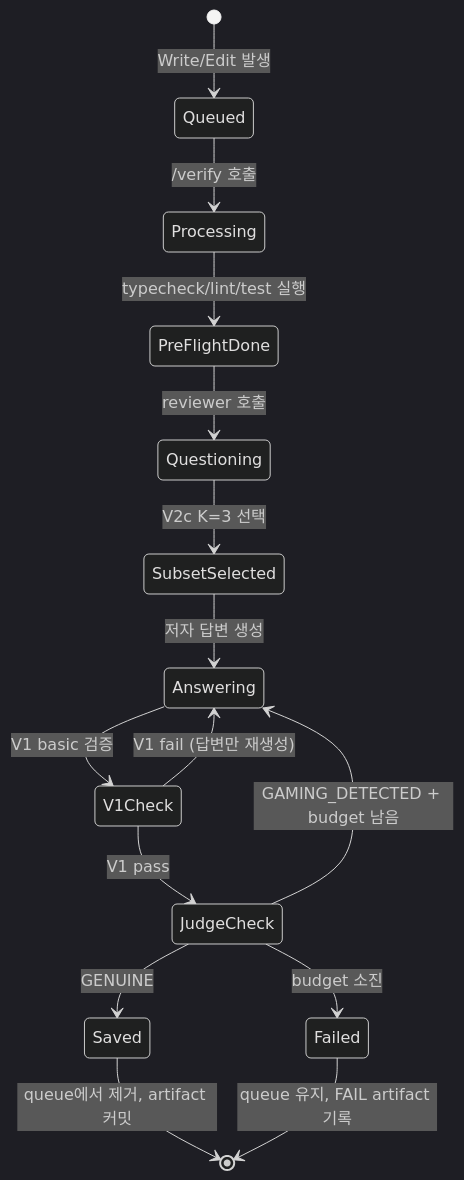
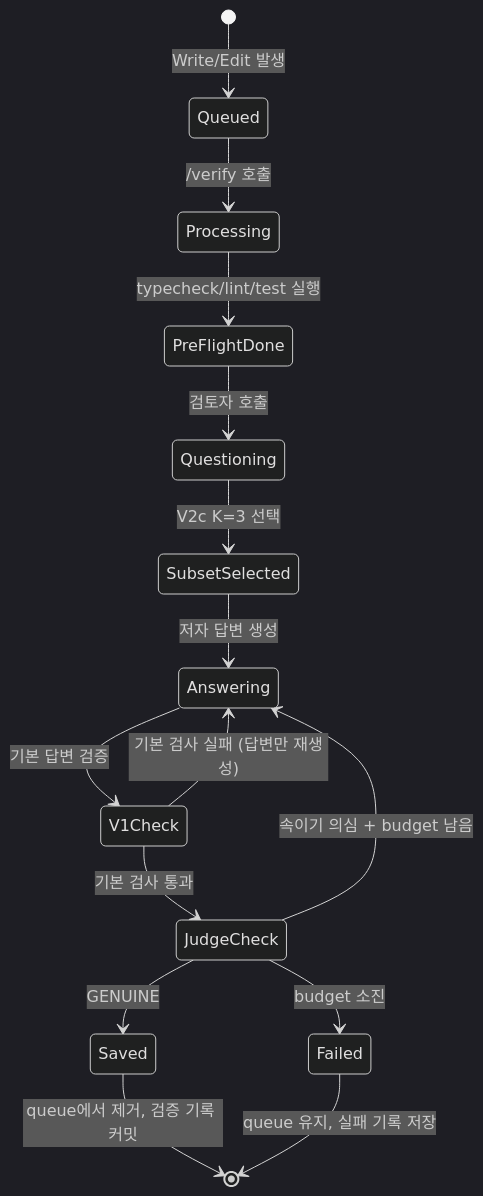
One commit to Jimmy-Jung/ai-symbiote changed diagram 11 of 12 in docs/09-검증-레이어-동작원리.md. Above: the diagram before and after it, drawn with Mermaid (dark theme). The commit also changed other lines of this file, not shown here.

````diff
--- a/docs/09-검증-레이어-동작원리.md
+++ b/docs/09-검증-레이어-동작원리.md
@@ -312,17 +335,17 @@
 ```mermaid
 stateDiagram-v2
     [*] --> Queued: Write/Edit 발생
     Queued --> Processing: /verify 호출
     Processing --> PreFlightDone: typecheck/lint/test 실행
-    PreFlightDone --> Questioning: reviewer 호출
+    PreFlightDone --> Questioning: 검토자 호출
     Questioning --> SubsetSelected: V2c K=3 선택
     SubsetSelected --> Answering: 저자 답변 생성
-    Answering --> V1Check: V1 basic 검증
-    V1Check --> Answering: V1 fail (답변만 재생성)
-    V1Check --> JudgeCheck: V1 pass
-    JudgeCheck --> Answering: GAMING_DETECTED + budget 남음
+    Answering --> V1Check: 기본 답변 검증
+    V1Check --> Answering: 기본 검사 실패 (답변만 재생성)
+    V1Check --> JudgeCheck: 기본 검사 통과
+    JudgeCheck --> Answering: 속이기 의심 + budget 남음
     JudgeCheck --> Failed: budget 소진
     JudgeCheck --> Saved: GENUINE
-    Saved --> [*]: queue에서 제거, artifact 커밋
-    Failed --> [*]: queue 유지, FAIL artifact 기록
+    Saved --> [*]: queue에서 제거, 검증 기록 커밋
+    Failed --> [*]: queue 유지, 실패 기록 저장
 ```
````
